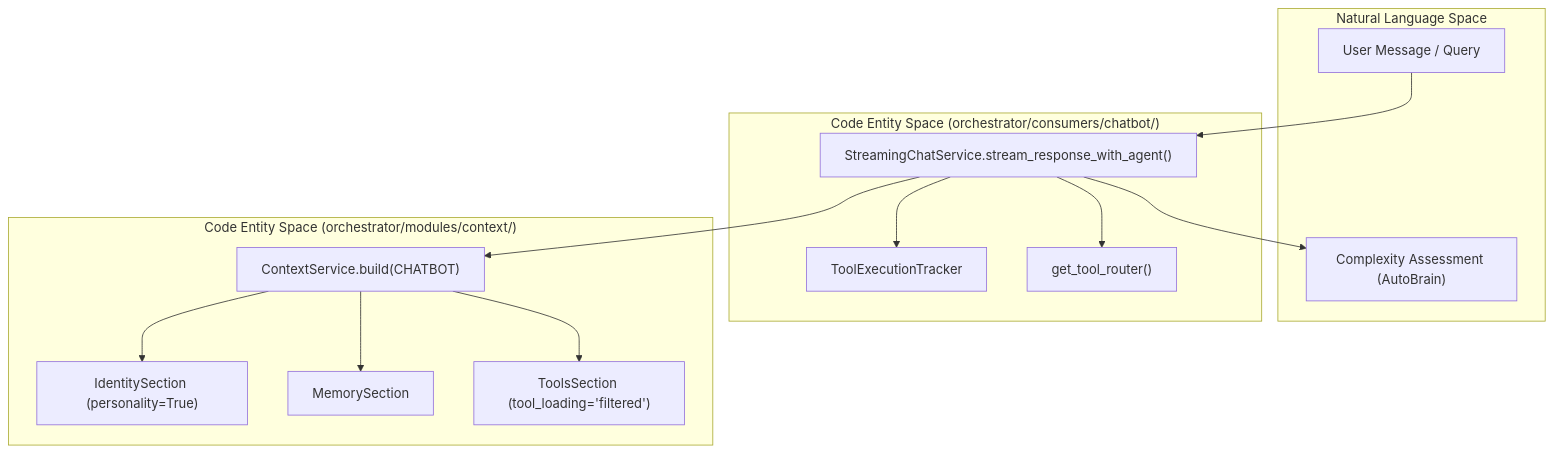
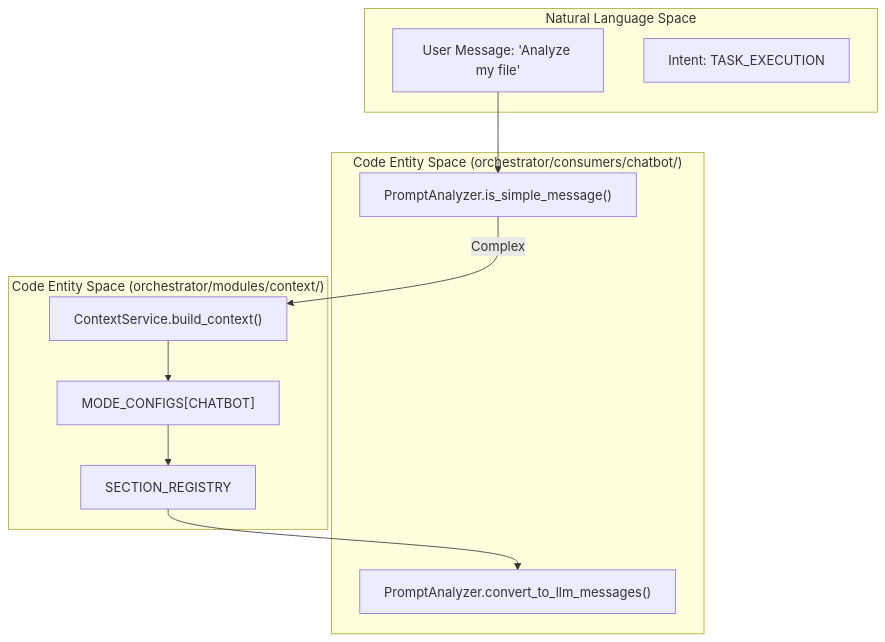
Before and after one commit to AutomatosAI/automatos-ai: the first of 2 diagrams in docs/context-service/migration-integration.md, drawn with Mermaid. The commit also changed other lines of this file and 191 other files, not shown here.

````diff
--- a/docs/context-service/migration-integration.md
+++ b/docs/context-service/migration-integration.md
@@ -85,29 +79,24 @@
 ```mermaid
 graph TD
     subgraph "Natural Language Space"
-        UserMsg["User Message / Query"]
-        Intent["Complexity Assessment (AutoBrain)"]
+        UserMsg["User Message: 'Analyze my file'"]
+        Intent["Intent: TASK_EXECUTION"]
     end
 
     subgraph "Code Entity Space (orchestrator/consumers/chatbot/)"
-        SCS["StreamingChatService.stream_response_with_agent()"]
-        ToolTracker["ToolExecutionTracker"]
-        ToolRouter["get_tool_router()"]
+        Analyzer["PromptAnalyzer.is_simple_message()"]
+        Converter["PromptAnalyzer.convert_to_llm_messages()"]
     end
 
     subgraph "Code Entity Space (orchestrator/modules/context/)"
-        CtxSvc["ContextService.build(CHATBOT)"]
-        Identity["IdentitySection (personality=True)"]
-        Memory["MemorySection"]
-        Tools["ToolsSection (tool_loading='filtered')"]
+        Svc["ContextService.build_context()"]
+        Registry["SECTION_REGISTRY"]
+        ModeCfg["MODE_CONFIGS[CHATBOT]"]
     end
 
-    UserMsg --> SCS
-    SCS --> Intent
-    SCS --> CtxSvc
-    CtxSvc --> Identity
-    CtxSvc --> Memory
-    CtxSvc --> Tools
-    SCS --> ToolTracker
-    SCS --> ToolRouter
+    UserMsg --> Analyzer
+    Analyzer -- "Complex" --> Svc
+    Svc --> ModeCfg
+    ModeCfg --> Registry
+    Registry --> Converter
 ```
````
